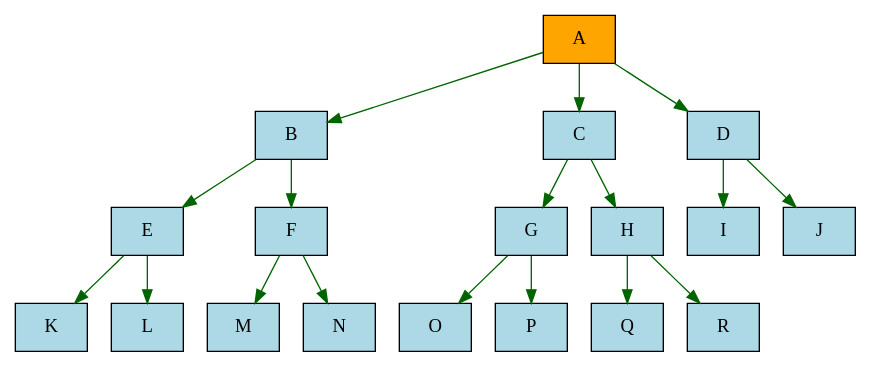
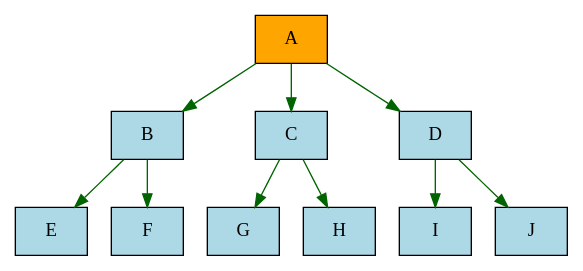
Before and after one commit to EscScape57/practice2: the diagram in dependency_graph.dot, drawn with Graphviz. The commit also changed 2 other files, not shown here.

Commit message:
feat: complete stage 5 with full Graphviz text representation
- Generate complete DOT code for dependency graph
- Display full Graphviz text representation between separators
- Save DOT file with all graph dependencies
- Meet all stage 5 requirements successfully
- Provide visualization instructions for online tools

```diff
--- a/dependency_graph.dot
+++ b/dependency_graph.dot
@@ -1,26 +1,18 @@
 digraph Dependencies {
     rankdir=TB;
     node [shape=box, style=filled, fillcolor=lightblue];
     edge [color=darkgreen];
     concentrate=true;
 
     "A" [fillcolor=orange, style=filled];
 
     "A" -> "B";
     "A" -> "C";
     "A" -> "D";
     "B" -> "E";
     "B" -> "F";
     "C" -> "G";
     "C" -> "H";
     "D" -> "I";
     "D" -> "J";
-    "E" -> "K";
-    "E" -> "L";
-    "F" -> "M";
-    "F" -> "N";
-    "G" -> "O";
-    "G" -> "P";
-    "H" -> "Q";
-    "H" -> "R";
 }
```
